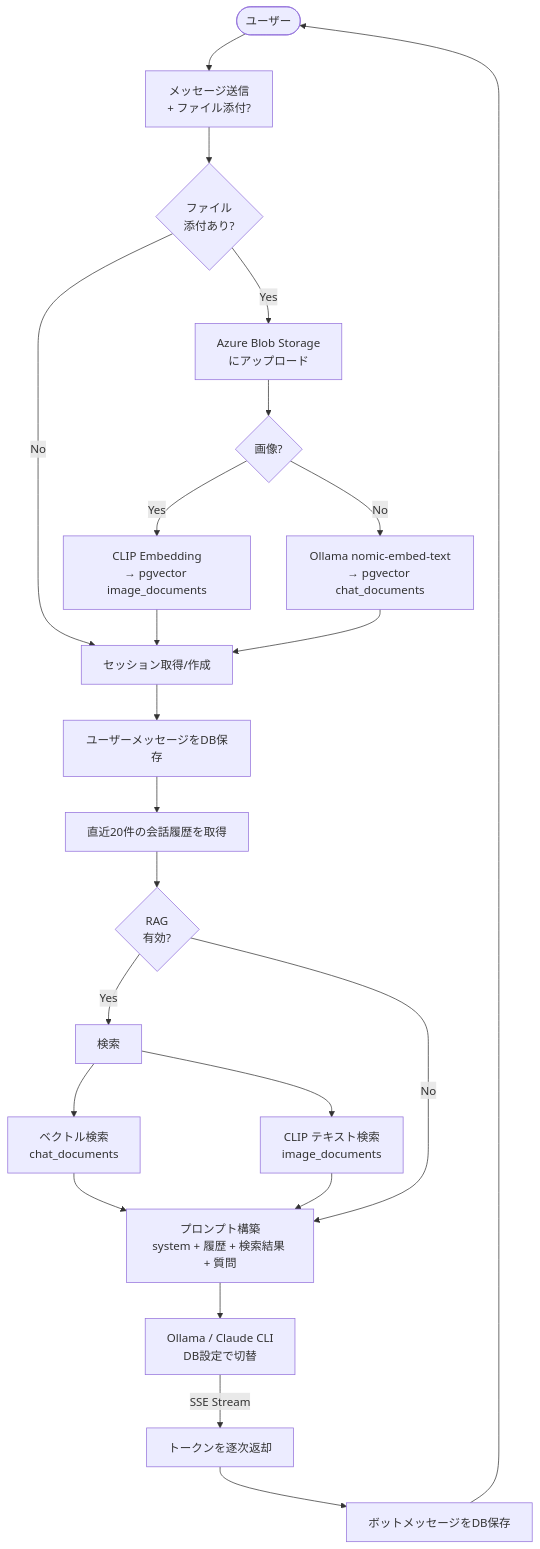
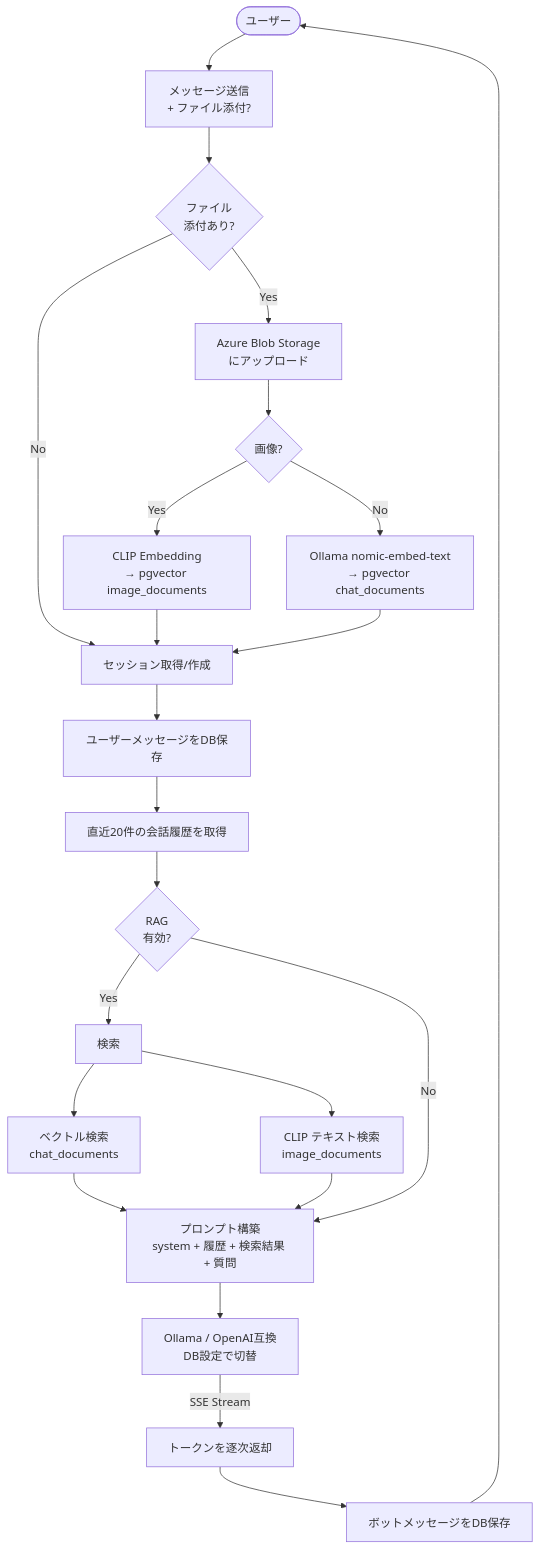
One commit to kazuharayama/chat-sandbox changed the diagram in docs/agent-flow-chat-sandbox.md. Above: the diagram before and after it, drawn with Mermaid. The commit also changed 14 other files, not shown here.

First line of the commit message:
Remove Claude CLI provider; rework F0 spec; add FF (model-switch QA)

````diff
--- a/docs/agent-flow-chat-sandbox.md
+++ b/docs/agent-flow-chat-sandbox.md
@@ -3,34 +3,34 @@
 ```mermaid
 flowchart TD
     User([ユーザー]) --> Input[メッセージ送信<br/>+ ファイル添付?]
 
     Input --> Upload{ファイル<br/>添付あり?}
     Upload -->|Yes| Blob[Azure Blob Storage<br/>にアップロード]
     Blob --> Process{画像?}
     Process -->|Yes| CLIP[CLIP Embedding<br/>→ pgvector image_documents]
     Process -->|No| TextEmbed[Ollama nomic-embed-text<br/>→ pgvector chat_documents]
     Upload -->|No| Session
 
     CLIP --> Session
     TextEmbed --> Session
 
     Session[セッション取得/作成] --> SaveUser[ユーザーメッセージをDB保存]
     SaveUser --> History[直近20件の会話履歴を取得]
 
     History --> RAG{RAG<br/>有効?}
 
     RAG -->|Yes| Retrieve[検索]
     Retrieve --> VectorSearch[ベクトル検索<br/>chat_documents]
     Retrieve --> ImageSearch[CLIP テキスト検索<br/>image_documents]
     VectorSearch --> BuildPrompt
     ImageSearch --> BuildPrompt
 
     RAG -->|No| BuildPrompt
 
     BuildPrompt[プロンプト構築<br/>system + 履歴 + 検索結果 + 質問]
 
-    BuildPrompt --> LLM[Ollama / Claude CLI<br/>DB設定で切替]
+    BuildPrompt --> LLM[Ollama / OpenAI互換<br/>DB設定で切替]
     LLM -->|SSE Stream| Response[トークンを逐次返却]
     Response --> SaveBot[ボットメッセージをDB保存]
     SaveBot --> User
 ```
````
